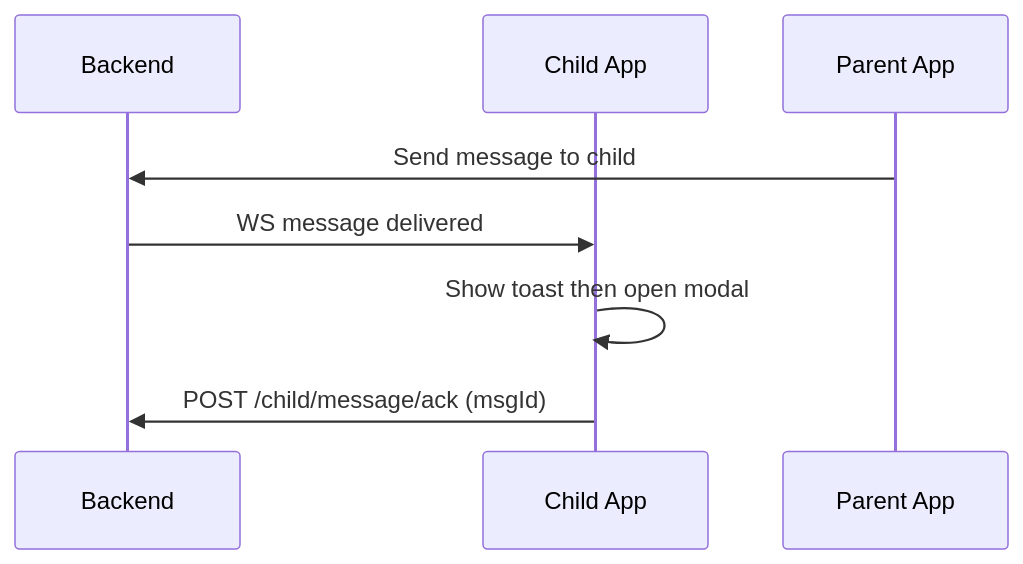
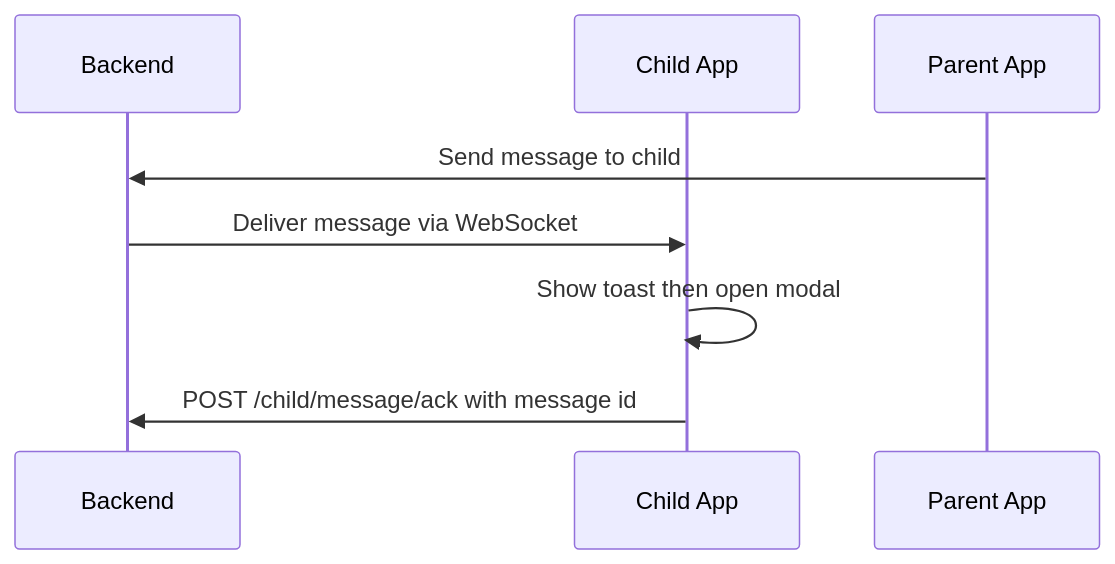
The diagram in Doc/Child app/features/07_parent_messaging_acknowledgement.md (maiElkheshen066/safeGuard), drawn with Mermaid before and after one commit. The commit also changed other lines of this file and 9 other files, not shown here.

````diff
--- a/Doc/Child app/features/07_parent_messaging_acknowledgement.md
+++ b/Doc/Child app/features/07_parent_messaging_acknowledgement.md
@@ -26,10 +26,10 @@
 ```mermaid
 sequenceDiagram
   participant B as Backend
   participant C as Child App
   participant P as Parent App
   P->>B: Send message to child
-  B->>C: WS message delivered
+  B->>C: Deliver message via WebSocket
   C->>C: Show toast then open modal
-  C->>B: POST /child/message/ack (msgId)
+  C->>B: POST /child/message/ack with message id
 ```
````
